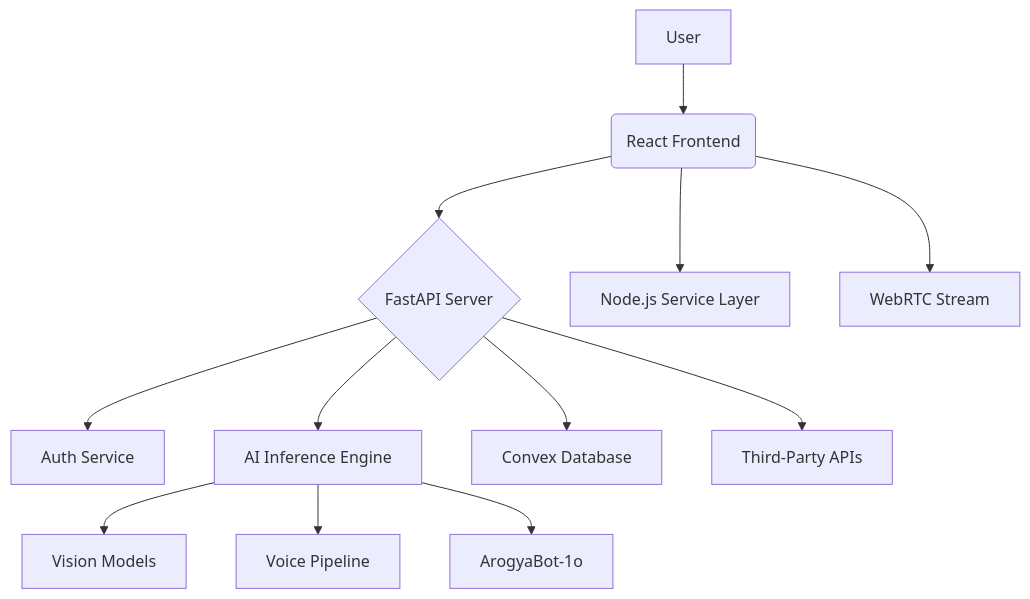
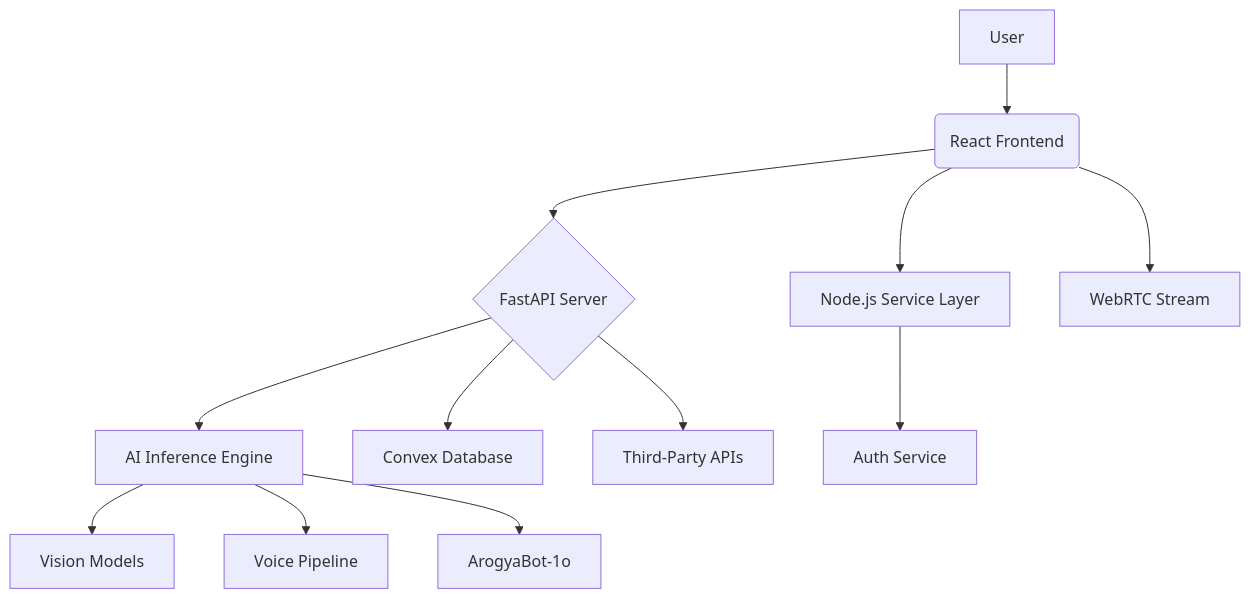
Before and after one commit to DevankU/ArogyaMitraa: the diagram in README.md, drawn with Mermaid.

````diff
--- a/README.md
+++ b/README.md
@@ -60,14 +60,14 @@
 ```mermaid
 graph TD
     A[User] --> B(React Frontend)
     B --> C{FastAPI Server}
-    C --> D[Auth Service]
     C --> E[AI Inference Engine]
     E --> F[Vision Models]
     E --> G[Voice Pipeline]
     C --> H[Convex Database]
     C --> I[Third-Party APIs]
     B --> J[Node.js Service Layer]
+    J --> D[Auth Service]
     E --> K[ArogyaBot-1o]
     B --> L[WebRTC Stream]
 ```
````
